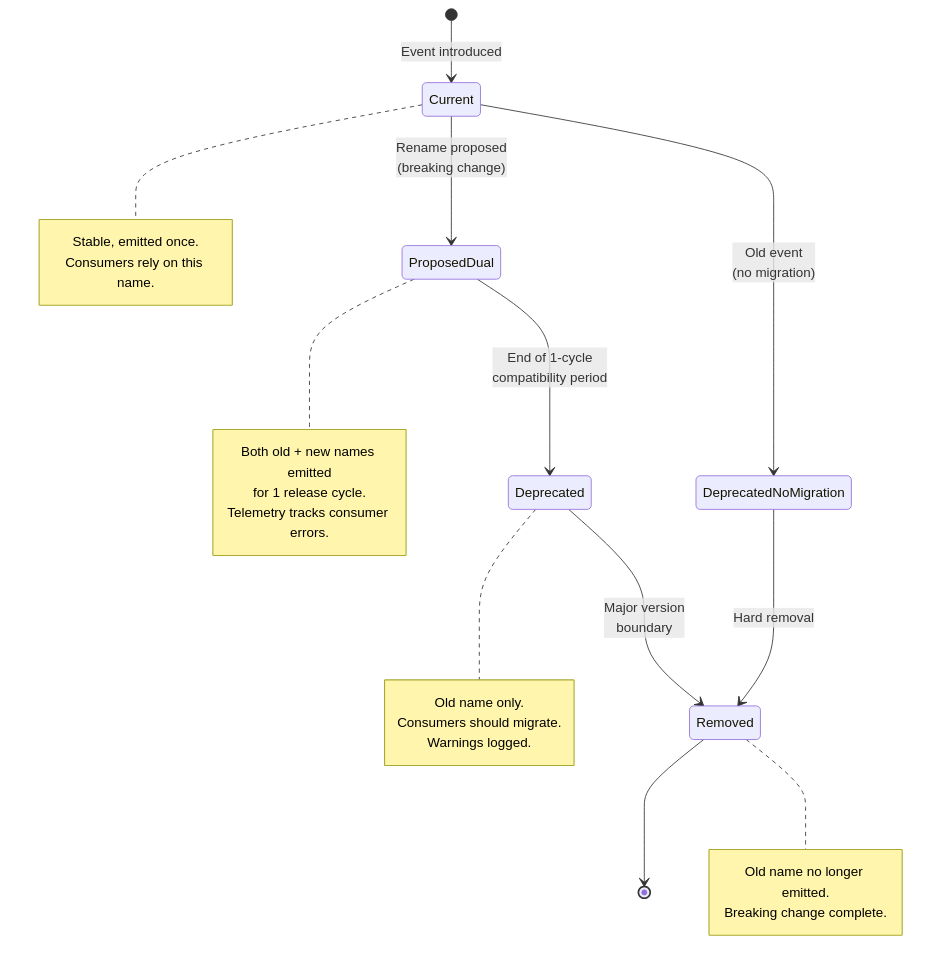
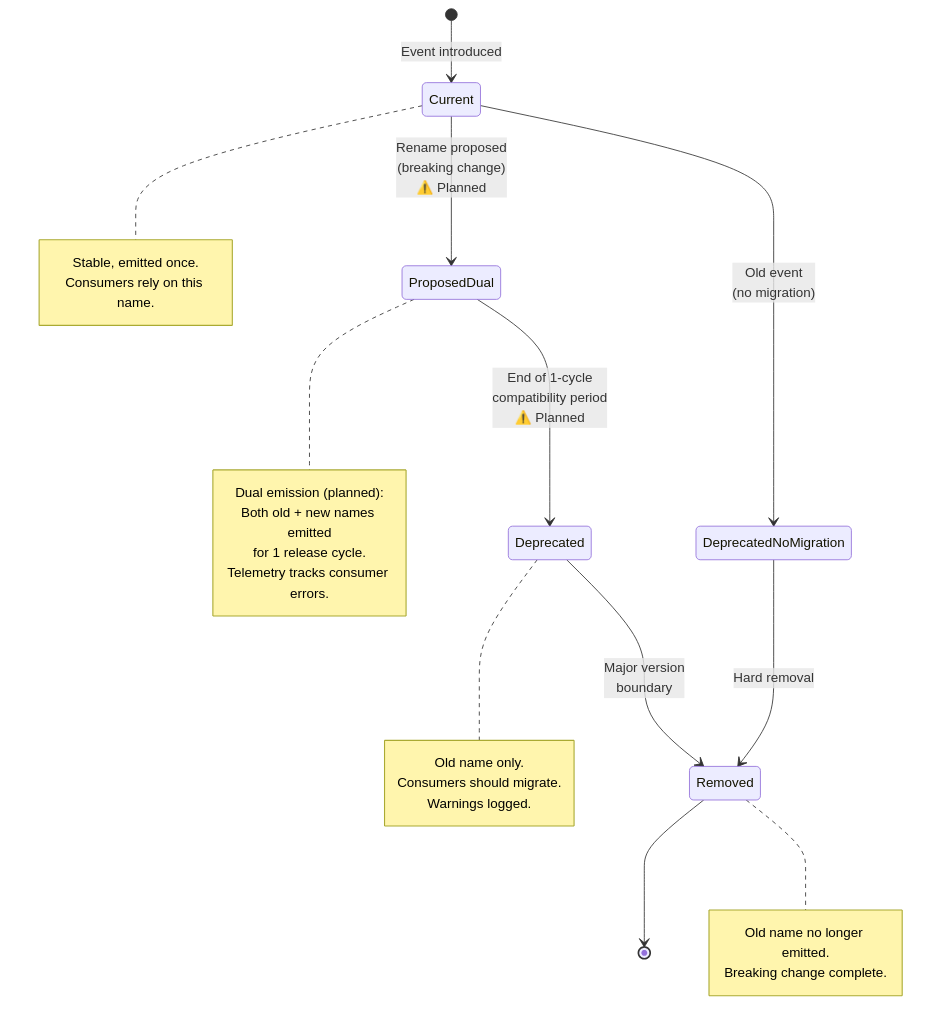
One commit to CyanAutomation/judokon changed the second of 4 diagrams in design/productRequirementsDocuments/prdEventContracts.md. Above: the diagram before and after it, drawn with Mermaid. The commit also changed other lines of this file and 3 other files, not shown here.

````diff
--- a/design/productRequirementsDocuments/prdEventContracts.md
+++ b/design/productRequirementsDocuments/prdEventContracts.md
@@ -151,32 +163,33 @@
 ```mermaid
 stateDiagram-v2
     [*] --> Current: Event introduced
-    Current --> ProposedDual: Rename proposed<br/>(breaking change)
-    ProposedDual --> Deprecated: End of 1-cycle<br/>compatibility period
+    Current --> ProposedDual: Rename proposed<br/>(breaking change)<br/>⚠️ Planned
+    ProposedDual --> Deprecated: End of 1-cycle<br/>compatibility period<br/>⚠️ Planned
     Deprecated --> Removed: Major version<br/>boundary
     Current --> DeprecatedNoMigration: Old event<br/>(no migration)
     DeprecatedNoMigration --> Removed: Hard removal
     Removed --> [*]
 
     note right of Current
         Stable, emitted once.
         Consumers rely on this name.
     end note
 
     note right of ProposedDual
+        Dual emission (planned):
         Both old + new names emitted
         for 1 release cycle.
         Telemetry tracks consumer errors.
     end note
 
     note right of Deprecated
         Old name only.
         Consumers should migrate.
         Warnings logged.
     end note
 
     note right of Removed
         Old name no longer emitted.
         Breaking change complete.
     end note
 ```
````
